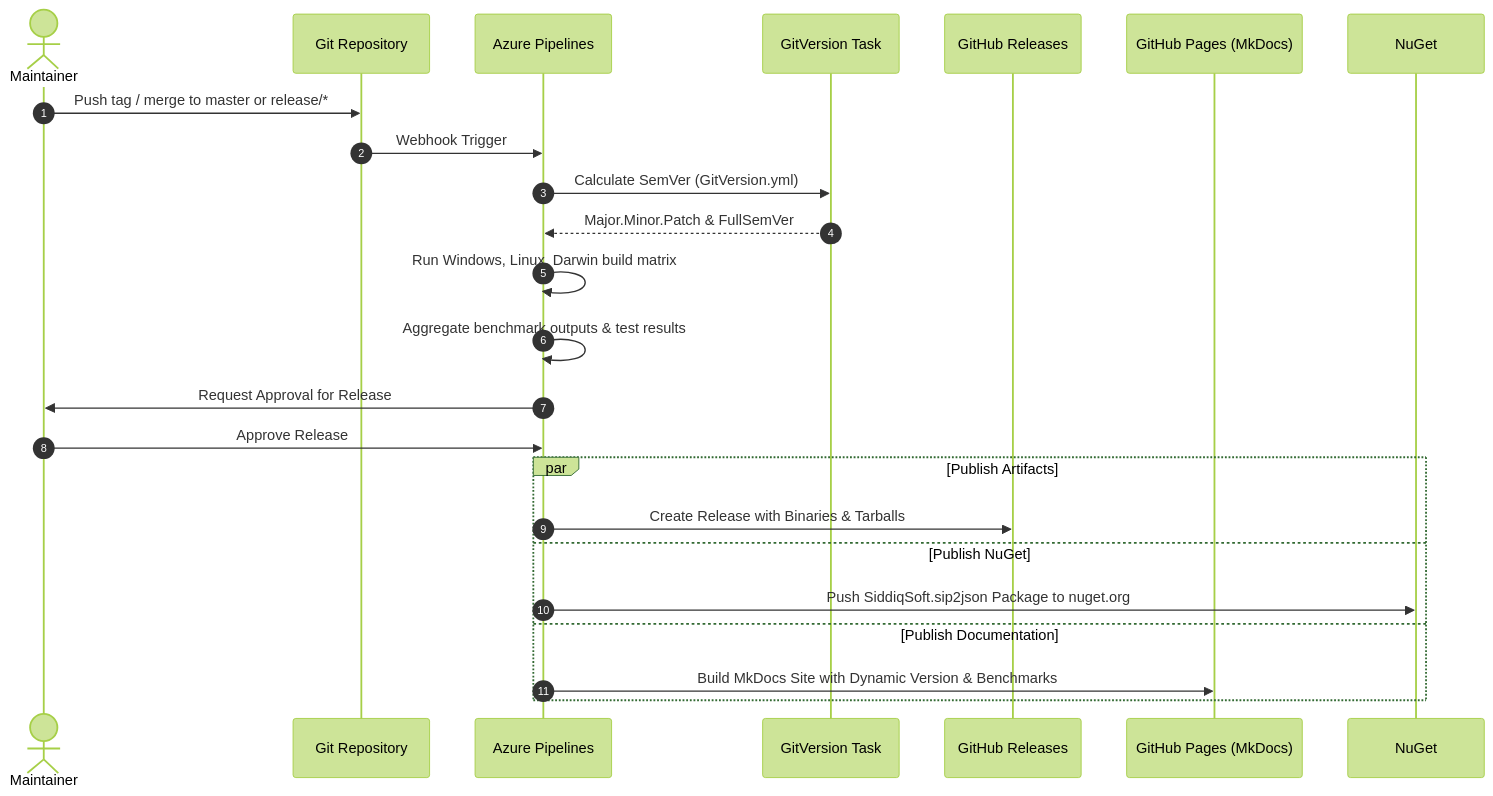
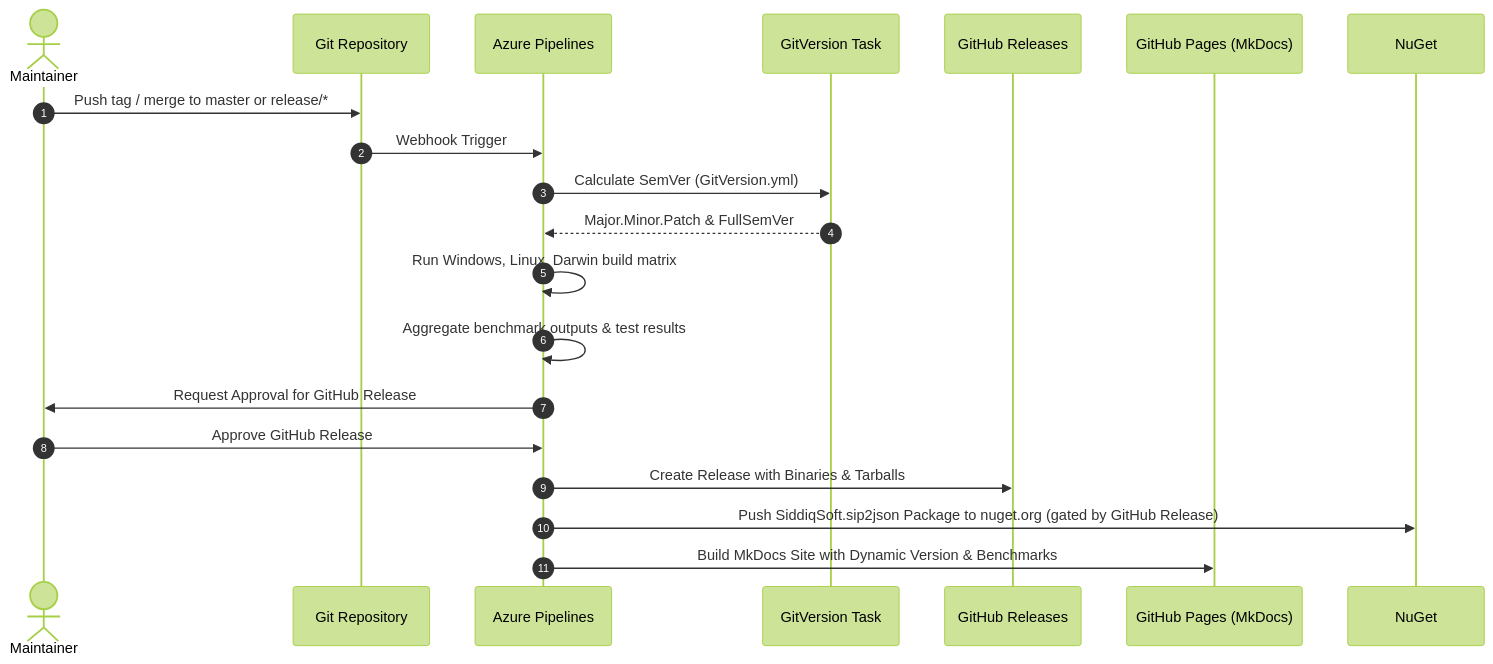
The third of 3 diagrams in docs/maintainers/pipelines.md (SiddiqSoft/sip2json), drawn with Mermaid (forest theme) before and after one commit. The commit also changed other lines of this file and 1 other file, not shown here.

Commit message:
ci: gate NuGet publication behind GitHub Release manual review

````diff
--- a/docs/maintainers/pipelines.md
+++ b/docs/maintainers/pipelines.md
@@ -228,26 +228,22 @@
 ```mermaid
 sequenceDiagram
     autonumber
     actor Maintainer
     participant Git as Git Repository
     participant Pipeline as Azure Pipelines
     participant GitVersion as GitVersion Task
     participant GitHub as GitHub Releases
     participant Pages as GitHub Pages (MkDocs)
 
     Maintainer->>Git: Push tag / merge to master or release/*
     Git->>Pipeline: Webhook Trigger
     Pipeline->>GitVersion: Calculate SemVer (GitVersion.yml)
     GitVersion-->>Pipeline: Major.Minor.Patch & FullSemVer
     Pipeline->>Pipeline: Run Windows, Linux, Darwin build matrix
     Pipeline->>Pipeline: Aggregate benchmark outputs & test results
-    Pipeline->>Maintainer: Request Approval for Release
-    Maintainer->>Pipeline: Approve Release
-    par Publish Artifacts
-        Pipeline->>GitHub: Create Release with Binaries & Tarballs
-    and Publish NuGet
-        Pipeline->>NuGet: Push SiddiqSoft.sip2json Package to nuget.org
-    and Publish Documentation
-        Pipeline->>Pages: Build MkDocs Site with Dynamic Version & Benchmarks
-    end
+    Pipeline->>Maintainer: Request Approval for GitHub Release
+    Maintainer->>Pipeline: Approve GitHub Release
+    Pipeline->>GitHub: Create Release with Binaries & Tarballs
+    Pipeline->>NuGet: Push SiddiqSoft.sip2json Package to nuget.org (gated by GitHub Release)
+    Pipeline->>Pages: Build MkDocs Site with Dynamic Version & Benchmarks
 ```
````
